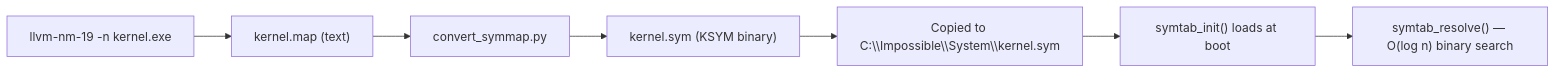
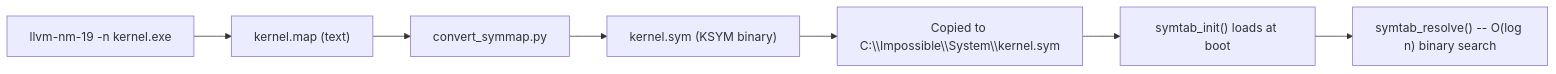
Before and after one commit to rizonesoft/impossible-os: the sixth of 6 diagrams in docs/infrastructure/development-tooling.md, drawn with Mermaid. The commit also changed other lines of this file and 667 other files, not shown here.

````diff
--- a/docs/infrastructure/development-tooling.md
+++ b/docs/infrastructure/development-tooling.md
@@ -392,9 +392,9 @@
 ```mermaid
 graph LR
     A["llvm-nm-19 -n kernel.exe"] --> B["kernel.map (text)"]
     B --> C["convert_symmap.py"]
     C --> D["kernel.sym (KSYM binary)"]
     D --> E["Copied to C:\\Impossible\\System\\kernel.sym"]
     E --> F["symtab_init() loads at boot"]
-    F --> G["symtab_resolve() — O(log n) binary search"]
+    F --> G["symtab_resolve() -- O(log n) binary search"]
 ```
````
